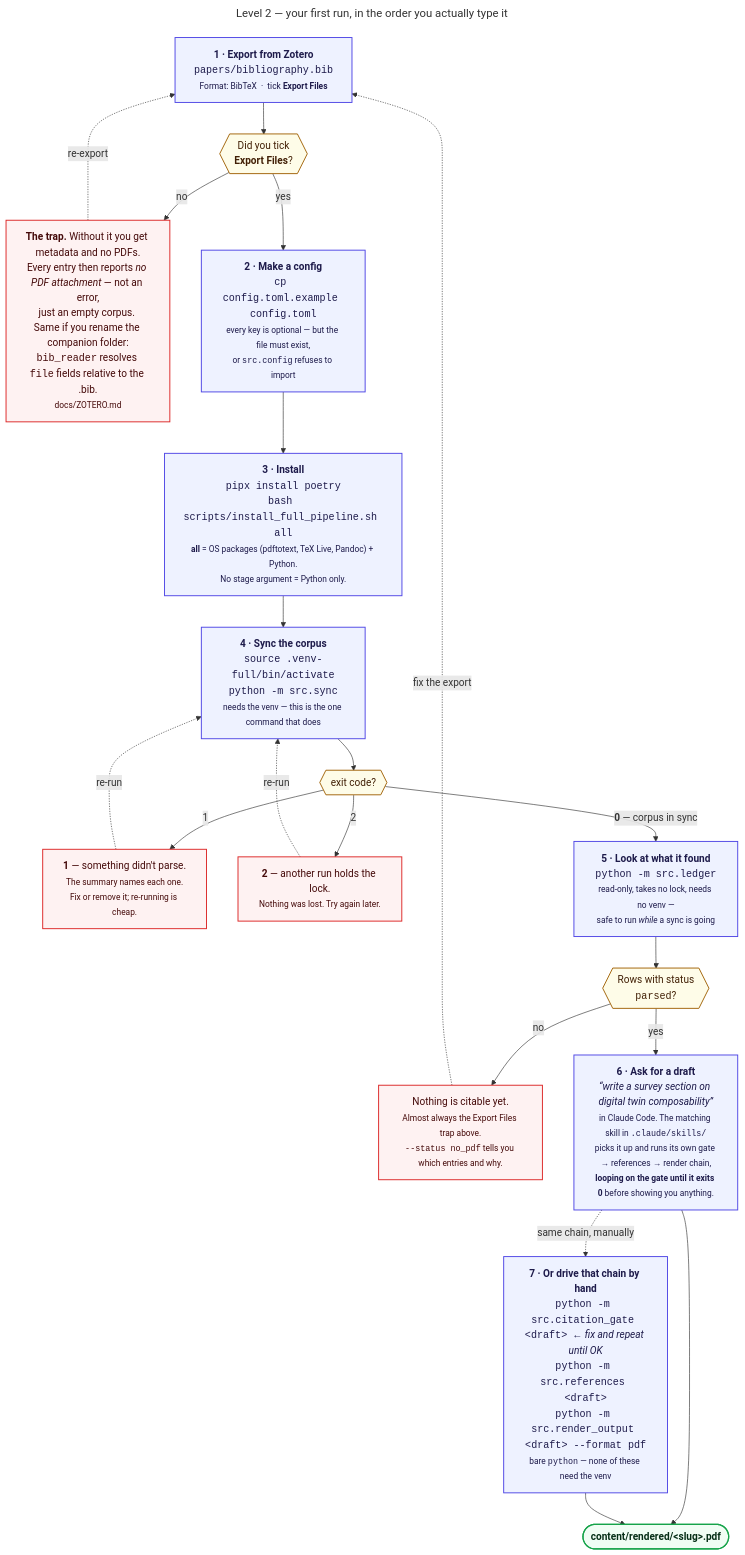
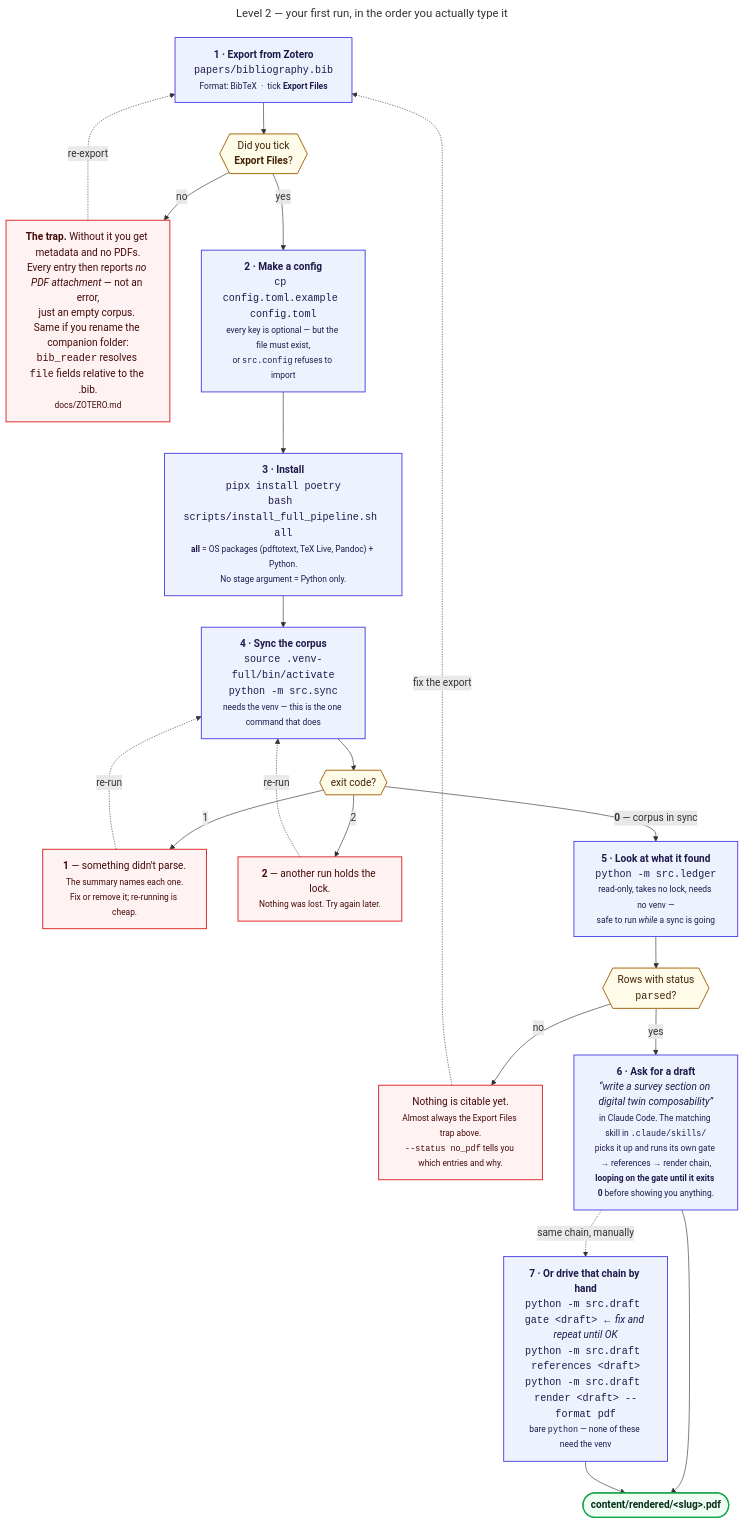
The diagram in docs/diagrams/v2-first-run.mmd (prasadtalasila/chitragupta), drawn with Mermaid before and after one commit. The commit also changed 66 other files, not shown here.

```diff
--- a/docs/diagrams/v2-first-run.mmd
+++ b/docs/diagrams/v2-first-run.mmd
@@ -1,52 +1,52 @@
 ---
 title: "Level 2 — your first run, in the order you actually type it"
 ---
 flowchart TB
 
   A["<b>1 · Export from Zotero</b><br/><code>papers/bibliography.bib</code><br/><small>Format: BibTeX &nbsp;·&nbsp; tick <b>Export Files</b></small>"]
   A1{{"Did you tick<br/><b>Export Files</b>?"}}
   ATRAP["<b>The trap.</b> Without it you get metadata and no PDFs.<br/>Every entry then reports <i>no PDF attachment</i> — not an error,<br/>just an empty corpus. Same if you rename the companion folder:<br/><code>bib_reader</code> resolves <code>file</code> fields relative to the .bib.<br/><small>docs/ZOTERO.md</small>"]
 
   B["<b>2 · Make a config</b><br/><code>cp config.toml.example config.toml</code><br/><small>every key is optional — but the file must exist,<br/>or <code>src.config</code> refuses to import</small>"]
 
   C["<b>3 · Install</b><br/><code>pipx install poetry</code><br/><code>bash scripts/install_full_pipeline.sh all</code><br/><small><b>all</b> = OS packages (pdftotext, TeX Live, Pandoc) + Python.<br/>No stage argument = Python only.</small>"]
 
   D["<b>4 · Sync the corpus</b><br/><code>source .venv-full/bin/activate</code><br/><code>python -m src.sync</code><br/><small>needs the venv — this is the one command that does</small>"]
   D1{{"exit code?"}}
   DFAIL["<b>1</b> — something didn't parse.<br/><small>The summary names each one.<br/>Fix or remove it; re-running is cheap.</small>"]
   DBUSY["<b>2</b> — another run holds the lock.<br/><small>Nothing was lost. Try again later.</small>"]
 
   E["<b>5 · Look at what it found</b><br/><code>python -m src.ledger</code><br/><small>read-only, takes no lock, needs no venv —<br/>safe to run <i>while</i> a sync is going</small>"]
   E1{{"Rows with status<br/><code>parsed</code>?"}}
   EEMPTY["Nothing is citable yet.<br/><small>Almost always the Export Files trap above.<br/><code>--status no_pdf</code> tells you which entries and why.</small>"]
 
   F["<b>6 · Ask for a draft</b><br/><i>“write a survey section on digital twin composability”</i><br/><small>in Claude Code. The matching skill in <code>.claude/skills/</code><br/>picks it up and runs its own gate → references → render chain,<br/><b>looping on the gate until it exits 0</b> before showing you anything.</small>"]
 
-  G["<b>7 · Or drive that chain by hand</b><br/><code>python -m src.citation_gate &lt;draft&gt;</code> &nbsp;<i>← fix and repeat until OK</i><br/><code>python -m src.references &lt;draft&gt;</code><br/><code>python -m src.render_output &lt;draft&gt; --format pdf</code><br/><small>bare <code>python</code> — none of these need the venv</small>"]
+  G["<b>7 · Or drive that chain by hand</b><br/><code>python -m src.draft gate &lt;draft&gt;</code> &nbsp;<i>← fix and repeat until OK</i><br/><code>python -m src.draft references &lt;draft&gt;</code><br/><code>python -m src.draft render &lt;draft&gt; --format pdf</code><br/><small>bare <code>python</code> — none of these need the venv</small>"]
 
   DONE(["<b>content/rendered/&lt;slug&gt;.pdf</b>"])
 
   A --> A1
   A1 -- no --> ATRAP
   ATRAP -. "re-export" .-> A
   A1 -- yes --> B --> C --> D --> D1
   D1 -- "1" --> DFAIL
   D1 -- "2" --> DBUSY
   DBUSY -. "re-run" .-> D
   DFAIL -. "re-run" .-> D
   D1 -- "<b>0</b> — corpus in sync" --> E --> E1
   E1 -- no --> EEMPTY
   EEMPTY -. "fix the export" .-> A
   E1 -- yes --> F --> DONE
   F -. "same chain, manually" .-> G
   G --> DONE
 
   classDef step fill:#eef2ff,stroke:#4f46e5,stroke-width:1.5px,color:#1e1b4b
   classDef check fill:#fefce8,stroke:#a16207,stroke-width:1.5px,color:#422006
   classDef trap fill:#fef2f2,stroke:#dc2626,stroke-width:1.5px,color:#450a0a
   classDef done fill:#f0fdf4,stroke:#16a34a,stroke-width:2px,color:#052e16
 
   class A,B,C,D,E,F,G step
   class A1,D1,E1 check
   class ATRAP,EEMPTY,DFAIL,DBUSY trap
   class DONE done
```
